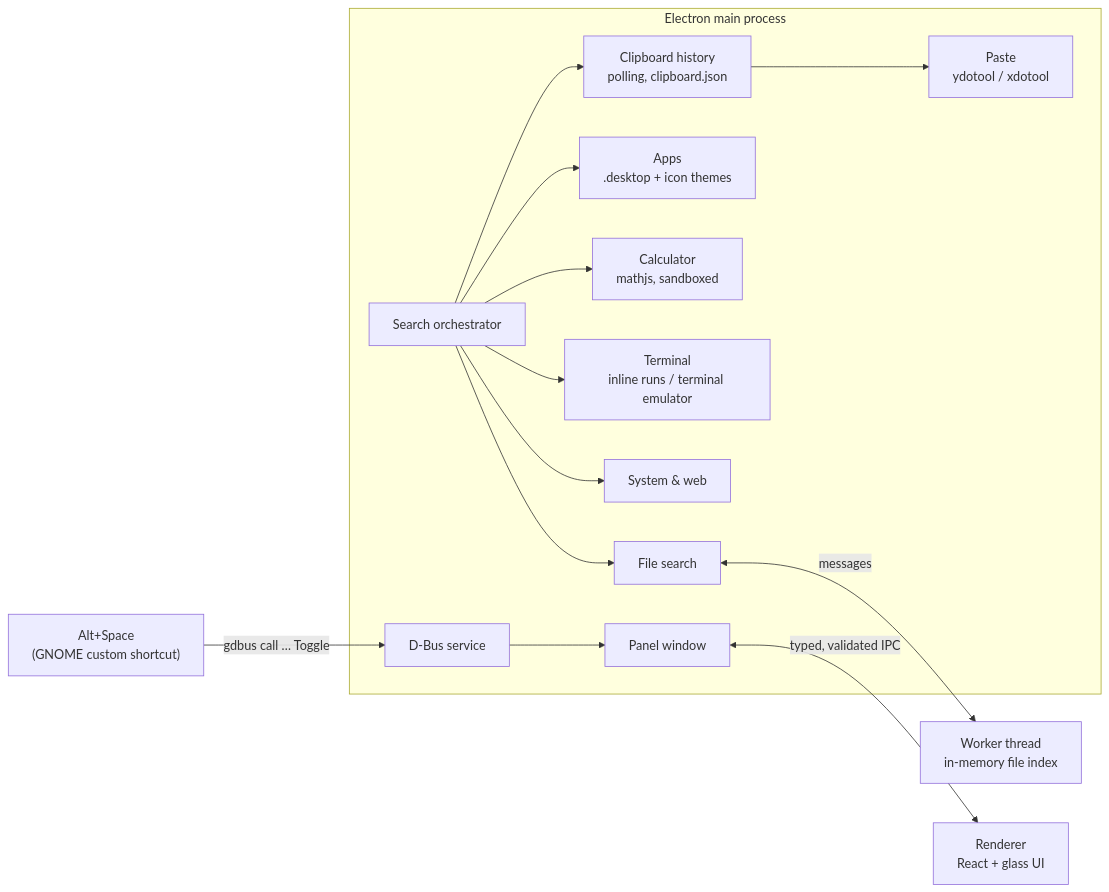
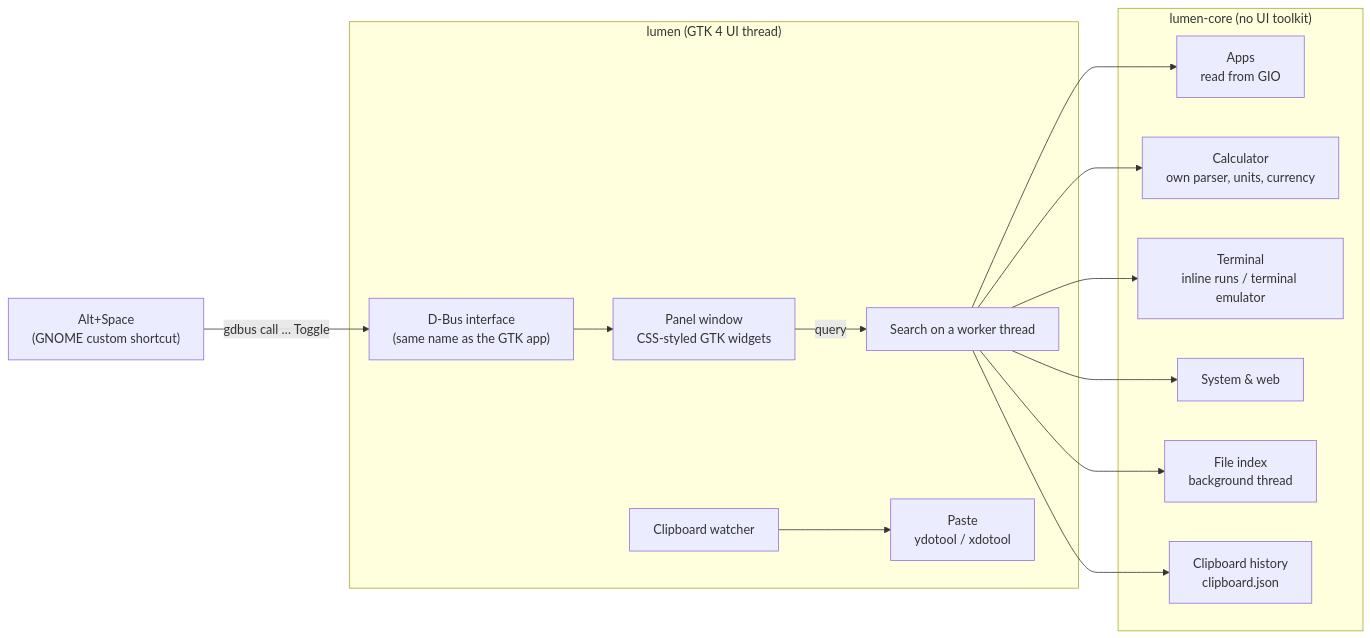
The diagram in README.md (smith8h/lumen), drawn with Mermaid before and after one commit. The commit also changed other lines of this file and 120 other files, not shown here.

First line of the commit message:
Rewrite Lumen in Rust with a native GTK 4 UI

````diff
--- a/README.md
+++ b/README.md
@@ -159,16 +167,17 @@
 ```mermaid
 flowchart LR
-    K["Alt+Space<br/>(GNOME custom shortcut)"] -- "gdbus call … Toggle" --> D["D-Bus service"]
-    subgraph Main["Electron main process"]
-        D --> W["Panel window"]
-        S["Search orchestrator"] --> A["Apps<br/>.desktop + icon themes"]
-        S --> C["Calculator<br/>mathjs, sandboxed"]
-        S --> T["Terminal<br/>inline runs / terminal emulator"]
-        S --> Y["System & web"]
-        S --> F["File search"]
-        S --> CB["Clipboard history<br/>polling, clipboard.json"]
-        CB --> P["Paste<br/>ydotool / xdotool"]
+    K["Alt+Space<br/>(GNOME custom shortcut)"] -- "gdbus call … Toggle" --> D["D-Bus interface<br/>(same name as the GTK app)"]
+    subgraph App["lumen (GTK 4 UI thread)"]
+        D --> W["Panel window<br/>CSS-styled GTK widgets"]
+        W -- "query" --> Q["Search on a worker thread"]
+        CB["Clipboard watcher"] --> P["Paste<br/>ydotool / xdotool"]
     end
-    F <-- "messages" --> FW["Worker thread<br/>in-memory file index"]
-    W <-- "typed, validated IPC" --> R["Renderer<br/>React + glass UI"]
+    subgraph Core["lumen-core (no UI toolkit)"]
+        Q --> A["Apps<br/>read from GIO"]
+        Q --> C["Calculator<br/>own parser, units, currency"]
+        Q --> T["Terminal<br/>inline runs / terminal emulator"]
+        Q --> Y["System & web"]
+        Q --> F["File index<br/>background thread"]
+        Q --> H["Clipboard history<br/>clipboard.json"]
+    end
 ```
````
